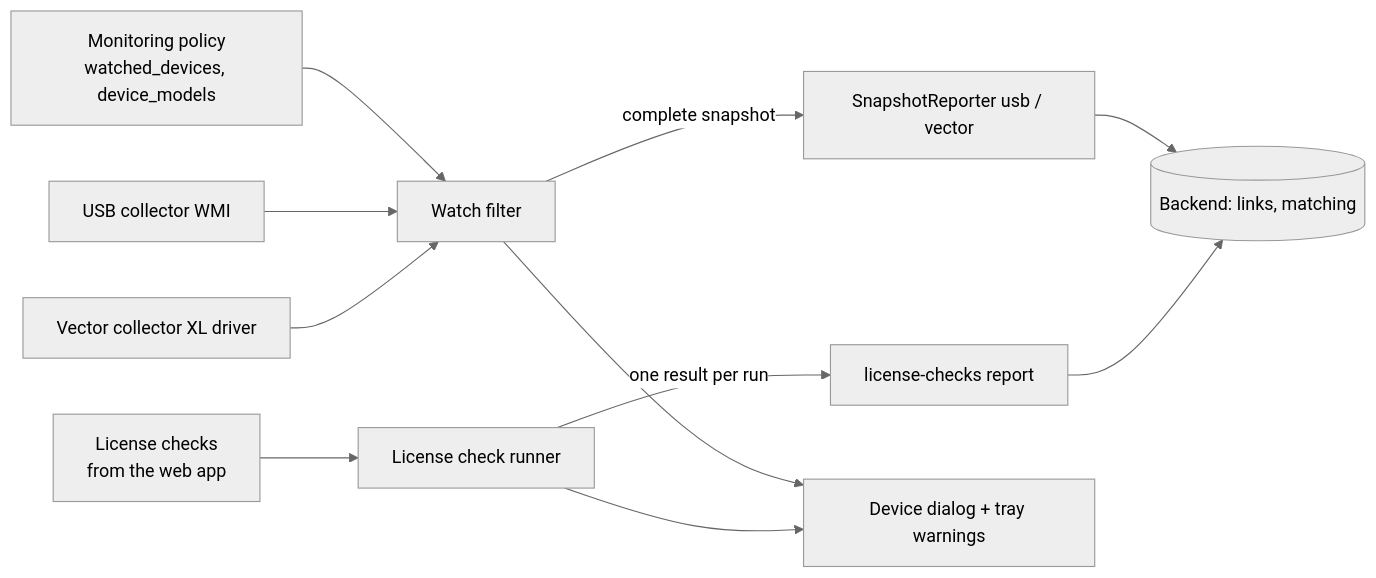
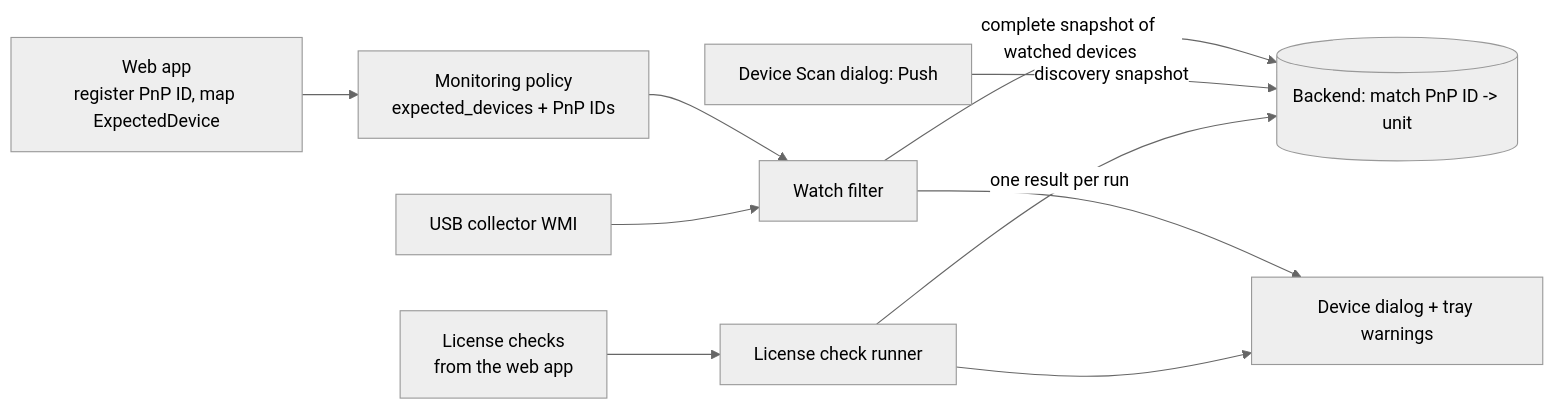
Before and after one commit to angustino88/agent: the diagram in docs/design/bench-device-and-license-monitoring.md, drawn with Mermaid (neutral theme). The commit also changed other lines of this file, not shown here.

First line of the commit message:
Design: monitored devices by registered PnP ID and the expected-device watch list

````diff
--- a/docs/design/bench-device-and-license-monitoring.md
+++ b/docs/design/bench-device-and-license-monitoring.md
@@ -50,13 +50,12 @@
 ```mermaid
 flowchart LR
-    P[Monitoring policy<br/>watched_devices, device_models] --> F[Watch filter]
+    W[Web app<br/>register PnP ID, map ExpectedDevice] --> P[Monitoring policy<br/>expected_devices + PnP IDs]
+    P --> F[Watch filter]
     U[USB collector WMI] --> F
-    V[Vector collector XL driver] --> F
-    F -->|complete snapshot| R1[SnapshotReporter usb / vector]
+    F -->|complete snapshot of watched devices| B[(Backend: match PnP ID -> unit)]
+    S[Device Scan dialog: Push] -->|discovery snapshot| B
     C[License checks<br/>from the web app] --> L[License check runner]
-    L -->|one result per run| R2[license-checks report]
-    R1 --> B[(Backend: links, matching)]
-    R2 --> B
+    L -->|one result per run| B
     F --> UI[Device dialog + tray warnings]
     L --> UI
 ```
````
